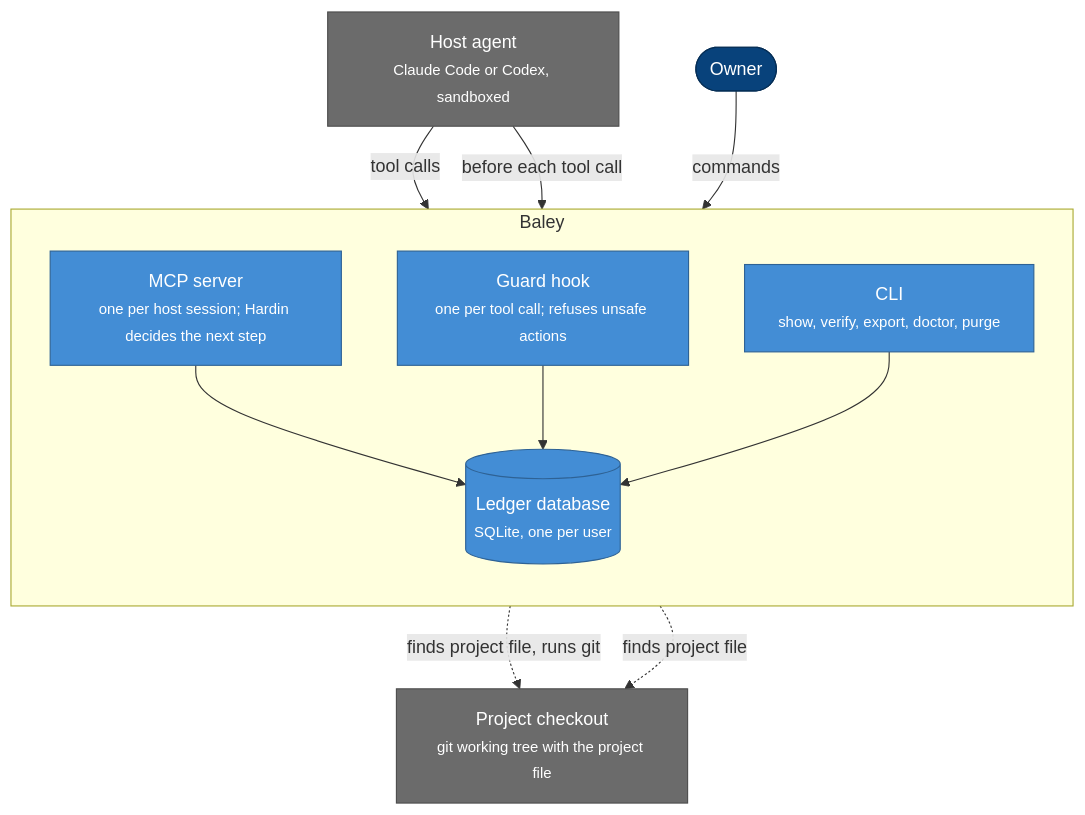
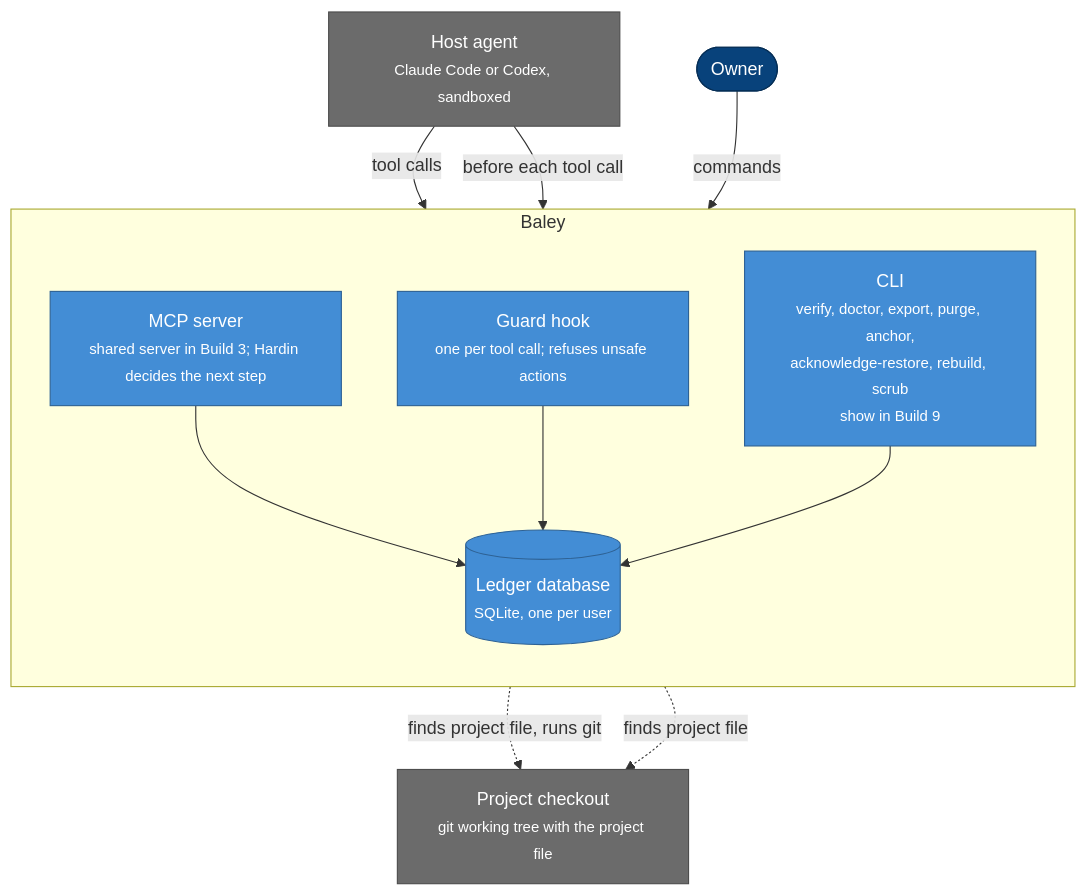
The second of 14 diagrams in docs/design/0001-evidence-ledger.md (crenshawdev/baley), drawn with Mermaid before and after one commit. The commit also changed other lines of this file and 5 other files, not shown here.

````diff
--- a/docs/design/0001-evidence-ledger.md
+++ b/docs/design/0001-evidence-ledger.md
@@ -143,27 +143,27 @@
 ```mermaid
 flowchart TB
   owner(["Owner"])
   host["Host agent<br/><small>Claude Code or Codex, sandboxed</small>"]
   subgraph baley [Baley]
     direction TB
-    server["MCP server<br/><small>one per host session; Hardin decides the next step</small>"]
+    server["MCP server<br/><small>shared server in Build 3; Hardin decides the next step</small>"]
     guard["Guard hook<br/><small>one per tool call; refuses unsafe actions</small>"]
-    cli["CLI<br/><small>show, verify, export, doctor, purge</small>"]
+    cli["CLI<br/><small>verify, doctor, export, purge, anchor,<br/>acknowledge-restore, rebuild, scrub<br/>show in Build 9</small>"]
     db[("Ledger database<br/><small>SQLite, one per user</small>")]
   end
   checkout["Project checkout<br/><small>git working tree with the project file</small>"]
   host -->|tool calls| server
   host -->|before each tool call| guard
   owner -->|commands| cli
   server --> db
   guard --> db
   cli --> db
   server -.->|finds project file, runs git| checkout
   guard -.->|finds project file| checkout
   classDef person fill:#08427b,stroke:#052e56,color:#fff
   classDef container fill:#438dd5,stroke:#2e6295,color:#fff
   classDef external fill:#6b6b6b,stroke:#4d4d4d,color:#fff
   class owner person
   class server,guard,cli,db container
   class host,checkout external
 ```
````
